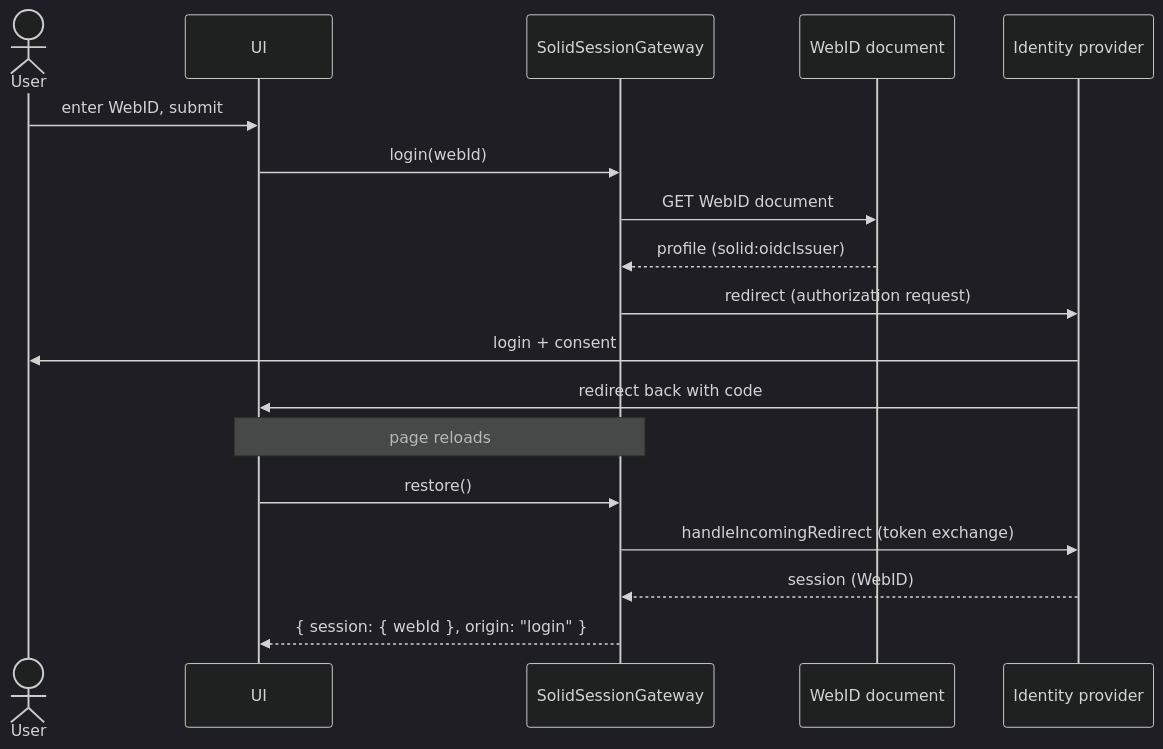
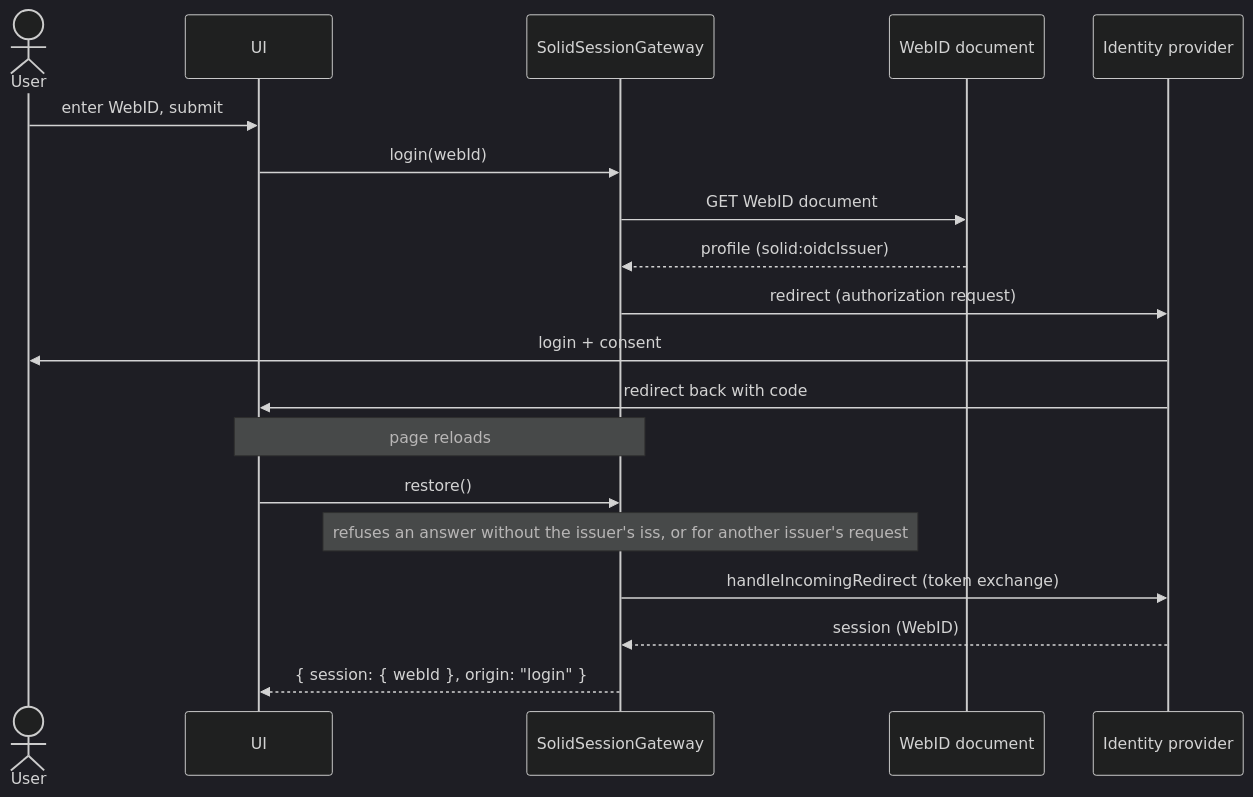
One commit to solid-memo/website changed the diagram in docs/authentication.md. Above: the diagram before and after it, drawn with Mermaid (dark theme). The commit also changed other lines of this file and 27 other files, not shown here.

````diff
--- a/docs/authentication.md
+++ b/docs/authentication.md
@@ -44,23 +94,24 @@
 ```mermaid
 sequenceDiagram
     accTitle: Logging in with Solid-OIDC
     accDescr: The user enters a WebID, the gateway finds its identity provider, the provider redirects back with a code, and the gateway exchanges the code for a session.
     actor User
     participant UI
     participant Gateway as SolidSessionGateway
     participant Pod as WebID document
     participant IdP as Identity provider
 
     User->>UI: enter WebID, submit
     UI->>Gateway: login(webId)
     Gateway->>Pod: GET WebID document
     Pod-->>Gateway: profile (solid:oidcIssuer)
     Gateway->>IdP: redirect (authorization request)
     IdP->>User: login + consent
     IdP->>UI: redirect back with code
     Note over UI,Gateway: page reloads
     UI->>Gateway: restore()
+    Note over Gateway: refuses an answer without the issuer's iss, or for another issuer's request
     Gateway->>IdP: handleIncomingRedirect (token exchange)
     IdP-->>Gateway: session (WebID)
     Gateway-->>UI: { session: { webId }, origin: "login" }
 ```
````
